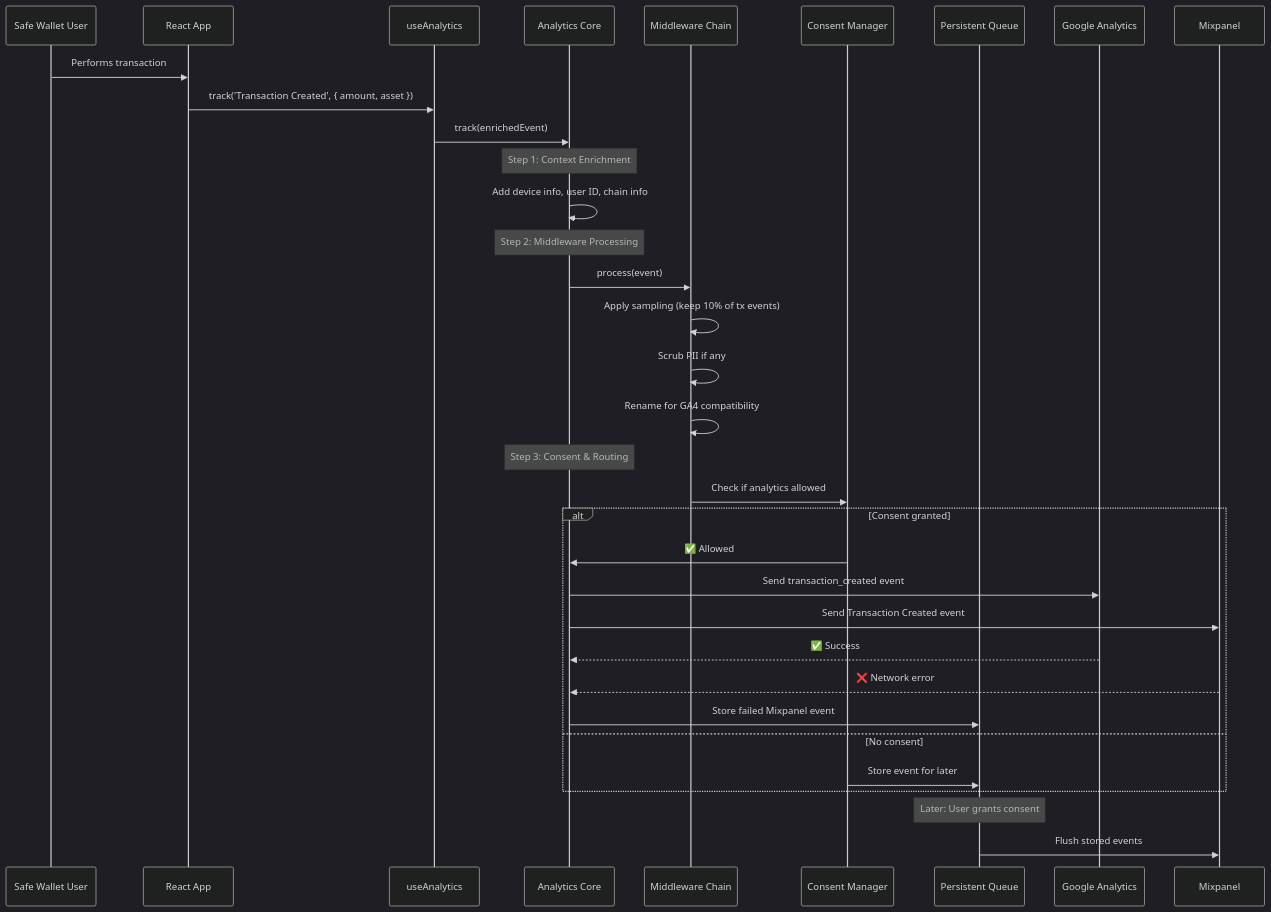
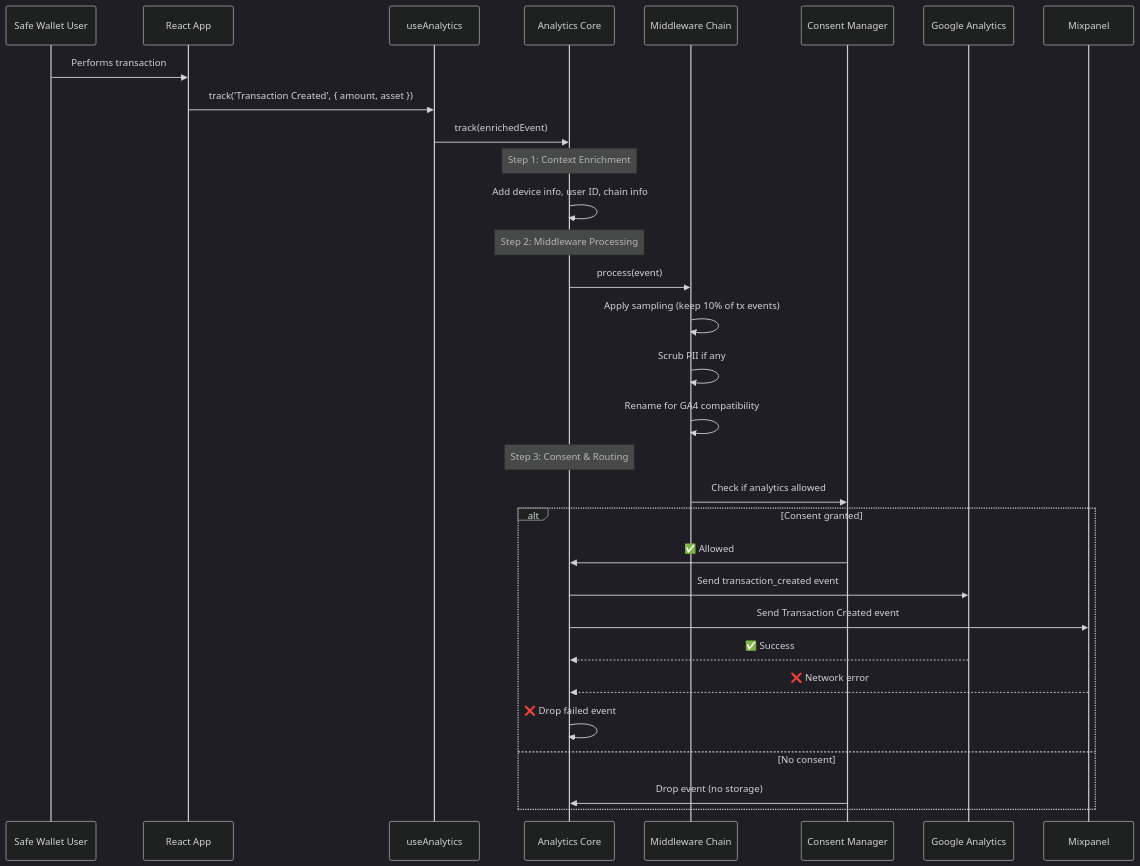
One commit to safe-global/safe-wallet-monorepo changed the ninth of 9 diagrams in docs/analytics-architecture.md. Above: the diagram before and after it, drawn with Mermaid (dark theme). The commit also changed other lines of this file and 5 other files, not shown here.

First line of the commit message:
refactor(analytics): Remove queue functionality from analytics core

````diff
--- a/docs/analytics-architecture.md
+++ b/docs/analytics-architecture.md
@@ -1469,42 +1329,38 @@
 ```mermaid
 sequenceDiagram
     participant User as Safe Wallet User
     participant App as React App
     participant Hook as useAnalytics
     participant Analytics as Analytics Core
     participant Middleware as Middleware Chain
     participant Consent as Consent Manager
-    participant Queue as Persistent Queue
     participant GA as Google Analytics
     participant MP as Mixpanel
 
     User->>App: Performs transaction
     App->>Hook: track('Transaction Created', { amount, asset })
     Hook->>Analytics: track(enrichedEvent)
 
     Note over Analytics: Step 1: Context Enrichment
     Analytics->>Analytics: Add device info, user ID, chain info
 
     Note over Analytics: Step 2: Middleware Processing
     Analytics->>Middleware: process(event)
     Middleware->>Middleware: Apply sampling (keep 10% of tx events)
     Middleware->>Middleware: Scrub PII if any
     Middleware->>Middleware: Rename for GA4 compatibility
 
     Note over Analytics: Step 3: Consent & Routing
     Middleware->>Consent: Check if analytics allowed
 
     alt Consent granted
         Consent->>Analytics: ✅ Allowed
         Analytics->>GA: Send transaction_created event
         Analytics->>MP: Send Transaction Created event
         GA-->>Analytics: ✅ Success
         MP-->>Analytics: ❌ Network error
-        Analytics->>Queue: Store failed Mixpanel event
+        Analytics->>Analytics: ❌ Drop failed event
     else No consent
-        Consent->>Queue: Store event for later
+        Consent->>Analytics: Drop event (no storage)
     end
-
-    Note over Queue: Later: User grants consent
-    Queue->>MP: Flush stored events
 ```
````
